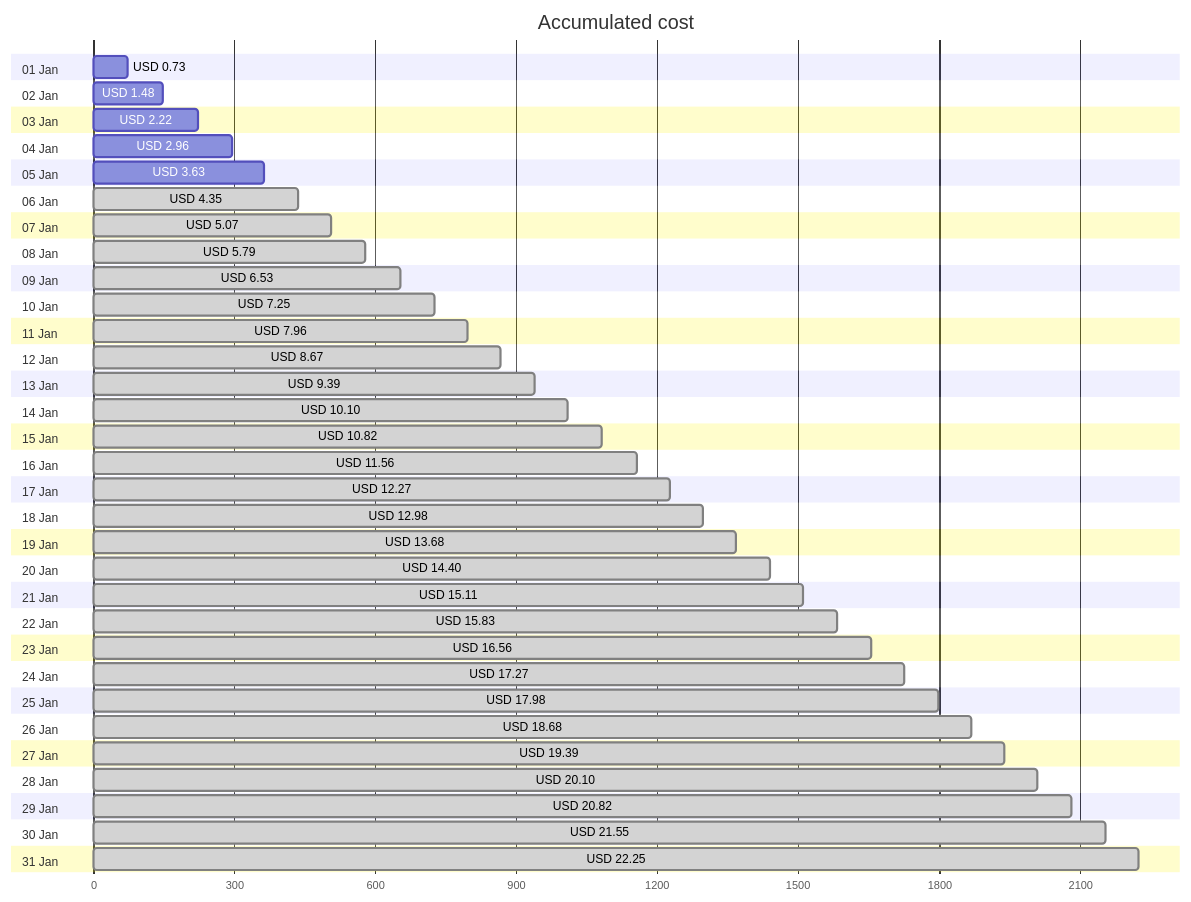
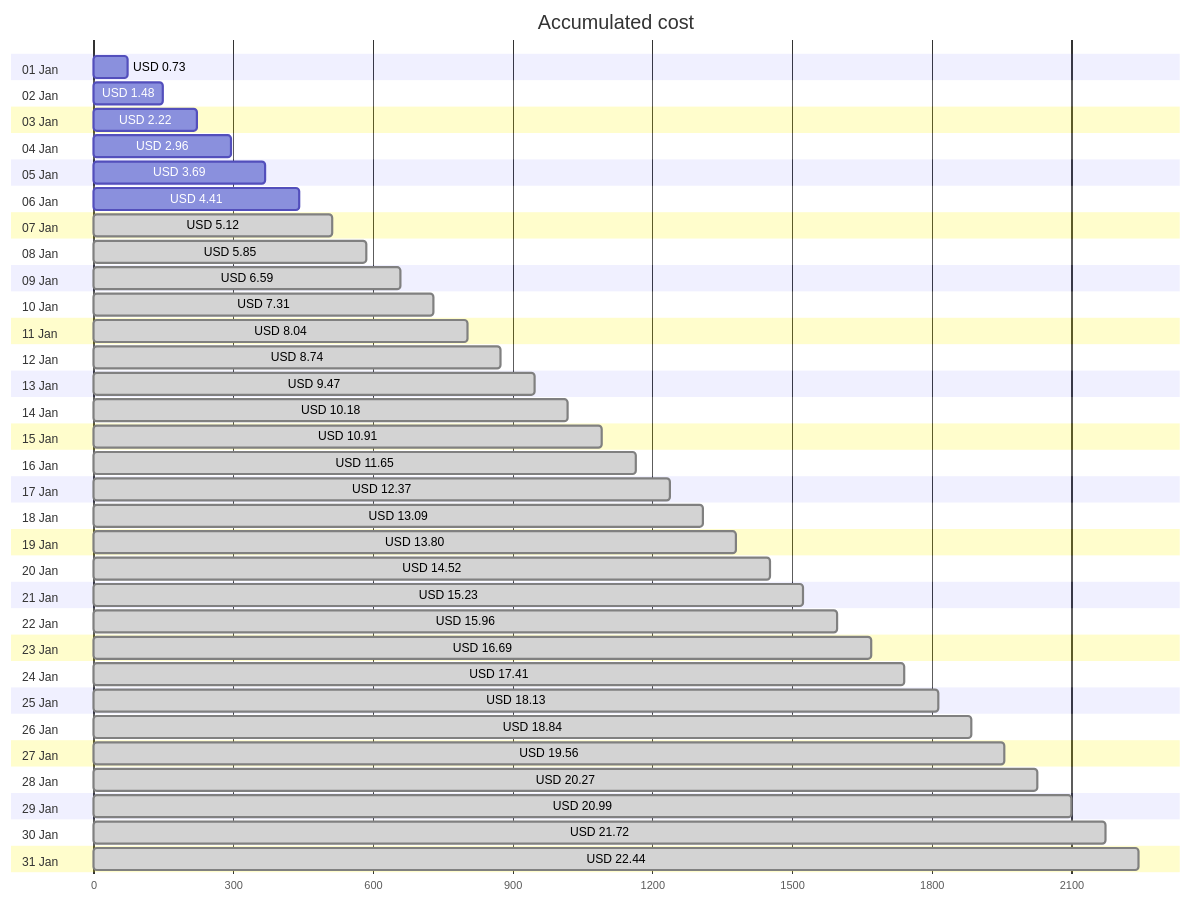
One commit to jpfulton/azure-personal-reports changed the first of 4 diagrams in cost-reports/personal-network/backup-server-data-disk.md. Above: the diagram before and after it, drawn with Mermaid. The commit also changed other lines of this file and 8 other files, not shown here.

````diff
--- a/cost-reports/personal-network/backup-server-data-disk.md
+++ b/cost-reports/personal-network/backup-server-data-disk.md
@@ -20,68 +20,68 @@
 ```mermaid
 gantt
    title Accumulated cost
    dateFormat  X
    axisFormat %s
    section 01 Jan
    USD 0.73 :0, 73
    section 02 Jan
    USD 1.48 :0, 148
    section 03 Jan
    USD 2.22 :0, 222
    section 04 Jan
    USD 2.96 :0, 296
    section 05 Jan
-   USD 3.63 :0, 363
+   USD 3.69 :0, 369
    section 06 Jan
-   USD 4.35 : done, 0, 435
+   USD 4.41 :0, 441
    section 07 Jan
-   USD 5.07 : done, 0, 507
+   USD 5.12 : done, 0, 512
    section 08 Jan
-   USD 5.79 : done, 0, 579
+   USD 5.85 : done, 0, 585
    section 09 Jan
-   USD 6.53 : done, 0, 653
+   USD 6.59 : done, 0, 659
    section 10 Jan
-   USD 7.25 : done, 0, 725
+   USD 7.31 : done, 0, 731
    section 11 Jan
-   USD 7.96 : done, 0, 796
+   USD 8.04 : done, 0, 804
    section 12 Jan
-   USD 8.67 : done, 0, 867
+   USD 8.74 : done, 0, 874
    section 13 Jan
-   USD 9.39 : done, 0, 939
+   USD 9.47 : done, 0, 947
    section 14 Jan
-   USD 10.10 : done, 0, 1010
+   USD 10.18 : done, 0, 1018
    section 15 Jan
-   USD 10.82 : done, 0, 1082
+   USD 10.91 : done, 0, 1091
    section 16 Jan
-   USD 11.56 : done, 0, 1156
+   USD 11.65 : done, 0, 1165
    section 17 Jan
-   USD 12.27 : done, 0, 1227
+   USD 12.37 : done, 0, 1237
    section 18 Jan
-   USD 12.98 : done, 0, 1298
+   USD 13.09 : done, 0, 1309
    section 19 Jan
-   USD 13.68 : done, 0, 1368
+   USD 13.80 : done, 0, 1380
    section 20 Jan
-   USD 14.40 : done, 0, 1440
+   USD 14.52 : done, 0, 1452
    section 21 Jan
-   USD 15.11 : done, 0, 1511
+   USD 15.23 : done, 0, 1523
    section 22 Jan
-   USD 15.83 : done, 0, 1583
+   USD 15.96 : done, 0, 1596
    section 23 Jan
-   USD 16.56 : done, 0, 1656
+   USD 16.69 : done, 0, 1669
    section 24 Jan
-   USD 17.27 : done, 0, 1727
+   USD 17.41 : done, 0, 1741
    section 25 Jan
-   USD 17.98 : done, 0, 1798
+   USD 18.13 : done, 0, 1813
    section 26 Jan
-   USD 18.68 : done, 0, 1868
+   USD 18.84 : done, 0, 1884
    section 27 Jan
-   USD 19.39 : done, 0, 1939
+   USD 19.56 : done, 0, 1956
    section 28 Jan
-   USD 20.10 : done, 0, 2010
+   USD 20.27 : done, 0, 2027
    section 29 Jan
-   USD 20.82 : done, 0, 2082
+   USD 20.99 : done, 0, 2099
    section 30 Jan
-   USD 21.55 : done, 0, 2155
+   USD 21.72 : done, 0, 2172
    section 31 Jan
-   USD 22.25 : done, 0, 2225
+   USD 22.44 : done, 0, 2244
 ```
````
